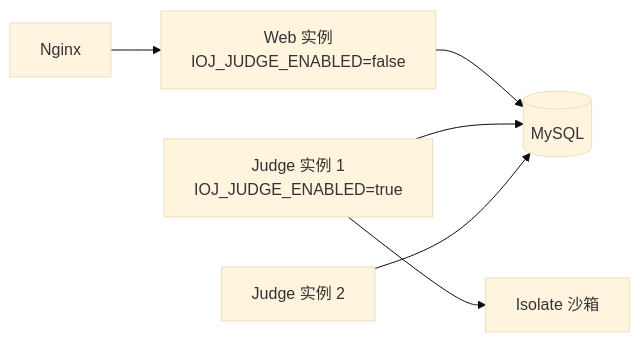
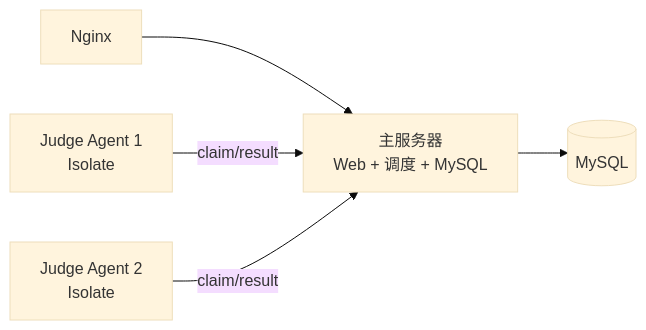
The diagram in docs/server/04-deployment.md (yucccxi/iOJ), drawn with Mermaid (base theme) before and after one commit. The commit also changed other lines of this file and 139 other files, not shown here.

First line of the commit message:
feat(judge)!: 拆分判题模块并实现分布式判题 Agent

````diff
--- a/docs/server/04-deployment.md
+++ b/docs/server/04-deployment.md
@@ -211,8 +257,7 @@
 ```mermaid
 flowchart LR
-    N[Nginx] --> W1[Web 实例<br/>IOJ_JUDGE_ENABLED=false]
-    W1 --> DB[(MySQL)]
-    J1[Judge 实例 1<br/>IOJ_JUDGE_ENABLED=true] --> DB
-    J2[Judge 实例 2] --> DB
-    J1 --> D1[Isolate 沙箱]
+    N[Nginx] --> W[主服务器<br/>Web + 调度 + MySQL]
+    W --> DB[(MySQL)]
+    A1[Judge Agent 1<br/>Isolate] -- claim/result --> W
+    A2[Judge Agent 2<br/>Isolate] -- claim/result --> W
 ```
````
